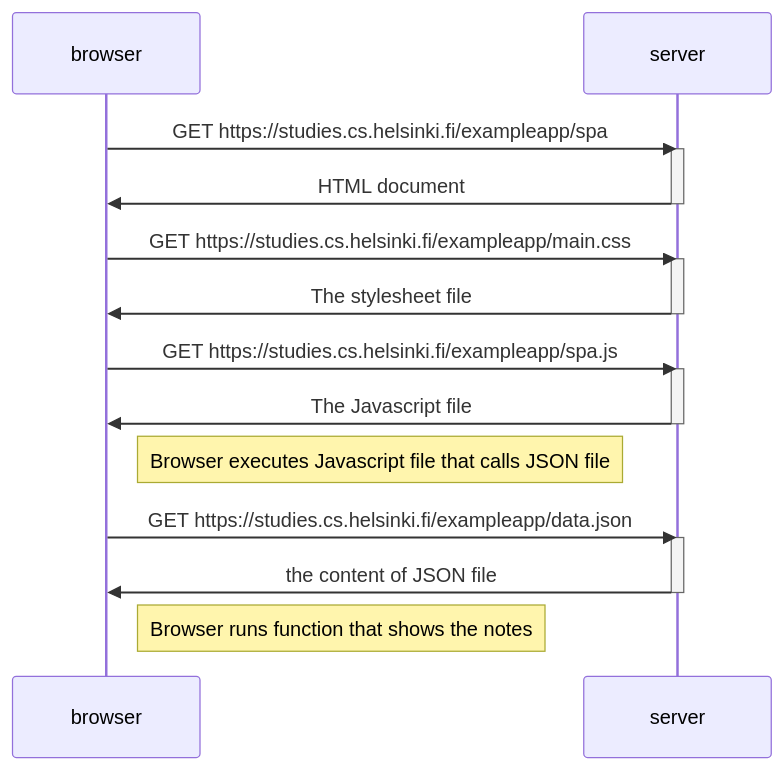
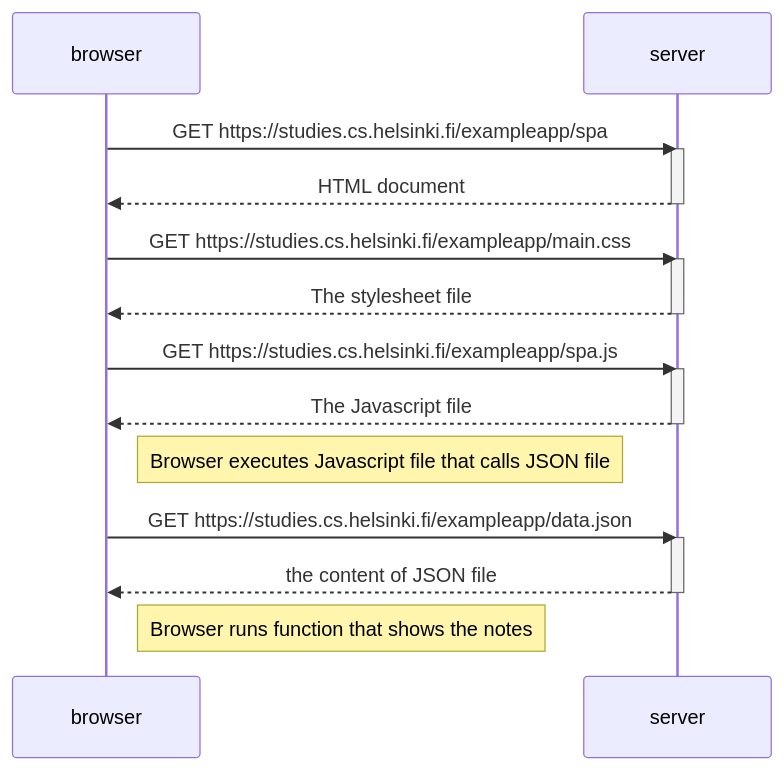
Before and after one commit to SamiKazan/FullStack-HY-palautusrepositio: the diagram in osa0/0.5: Single Page App.md, drawn with Mermaid.

Commit message:
Update 0.5: Single Page App.md

````diff
--- a/osa0/0.5: Single Page App.md
+++ b/osa0/0.5: Single Page App.md
@@ -1,30 +1,30 @@
 ```mermaid
 sequenceDiagram
     participant browser
     participant server
 
     browser->>server: GET https://studies.cs.helsinki.fi/exampleapp/spa
     activate server
-    server->>browser: HTML document
+    server-->>browser: HTML document
     deactivate server
 
     browser->>server: GET https://studies.cs.helsinki.fi/exampleapp/main.css
     activate server
-    server->>browser: The stylesheet file
+    server-->>browser: The stylesheet file
     deactivate server
 
     browser->>server: GET https://studies.cs.helsinki.fi/exampleapp/spa.js
     activate server
-    server->>browser: The Javascript file
+    server-->>browser: The Javascript file
     deactivate server
 
     Note right of browser: Browser executes Javascript file that calls JSON file
 
     browser->>server: GET https://studies.cs.helsinki.fi/exampleapp/data.json
     activate server
-    server->>browser: the content of JSON file
+    server-->>browser: the content of JSON file
     deactivate server
 
     Note right of browser: Browser runs function that shows the notes
     
 ```
````
